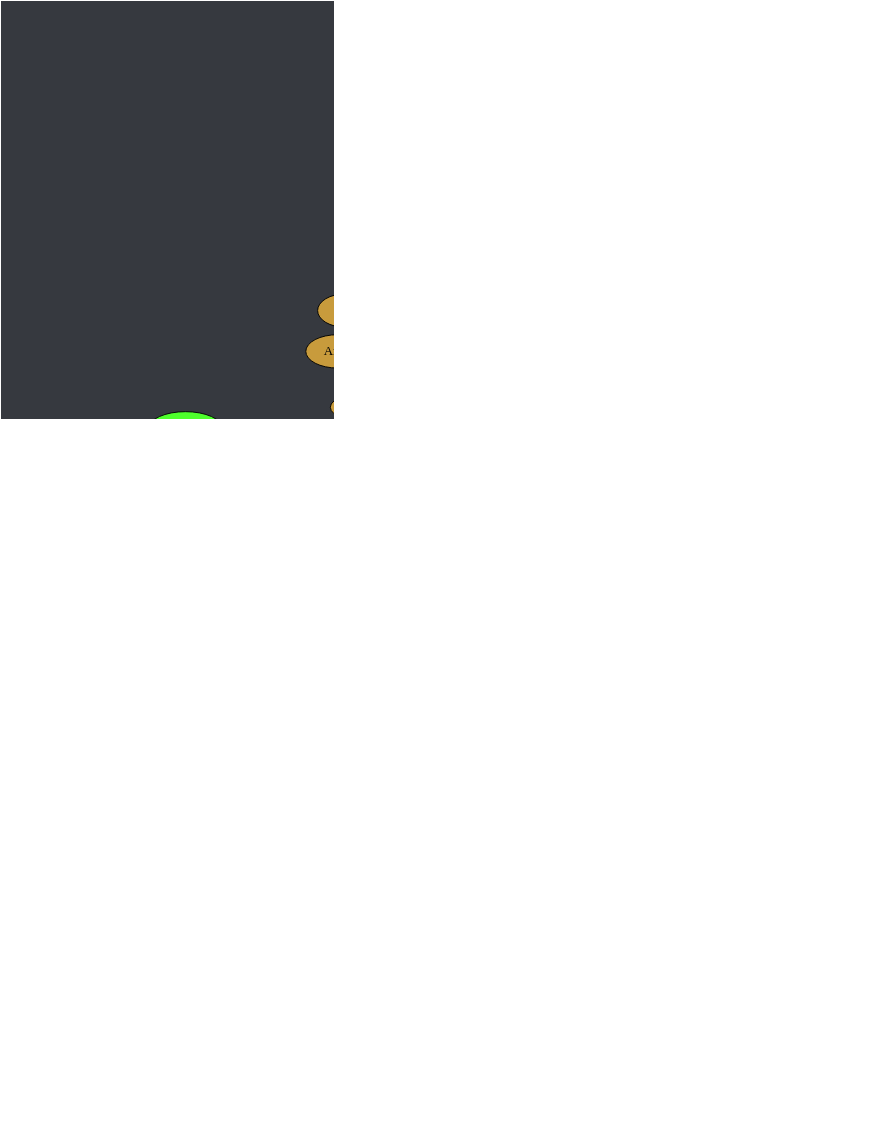
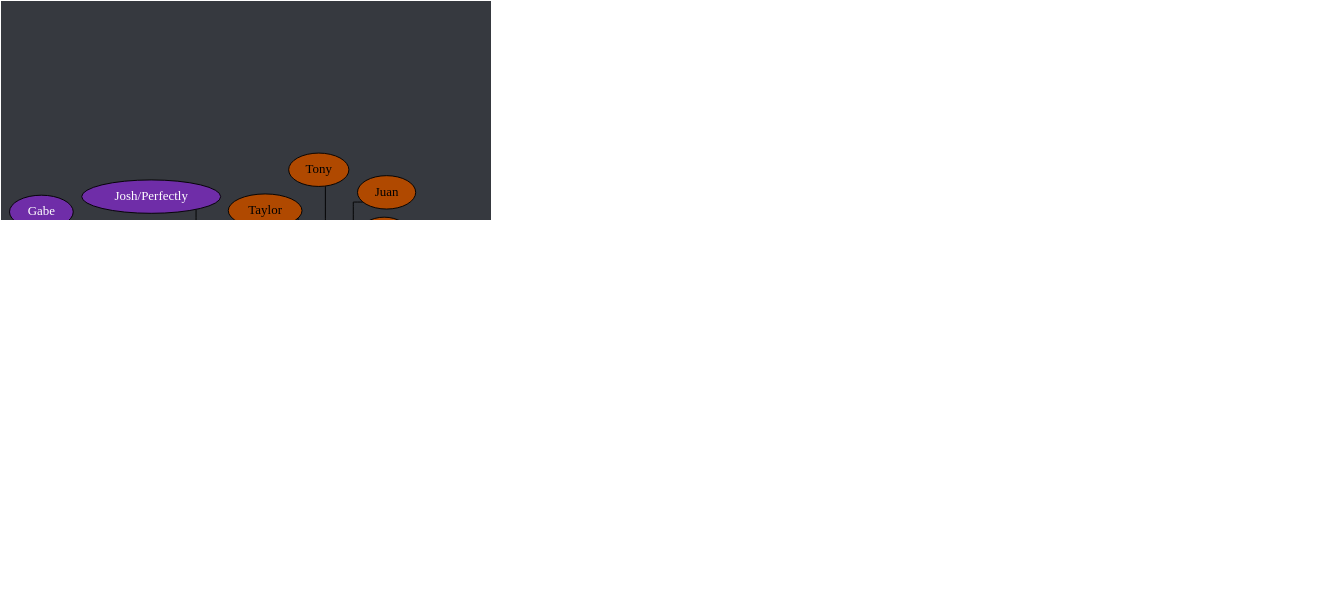
One commit to Documidas/CoronaCatzFamilyTree changed the diagram in tree.dot. Above: the diagram before and after it, drawn with Graphviz. The commit also changed 1 other file, not shown here.

Commit message:
Fix styling for Joel

```diff
--- a/tree.dot
+++ b/tree.dot
@@ -1,157 +1,157 @@
 strict graph {
 	// Layout Configuration
 	layout = neato;
 	dpi = 200;
 	epsilon = 0.01;
 	mode = major;
 	model = subset;
 	overlap = false;
 	splines = ortho;
 	start = rand;
 
 	// Visual Configuration
 	graph [ truecolor=true bgcolor="#36393f" ];
 	node [ style=filled fillcolor="gray" fontcolor="black" ];
 
 	subgraph "Joel" {
 		node [ style=filled fillcolor="firebrick4" fontcolor="white" ];
-		// Joel [ style=filled fillcolor="gold" fontcolor="black" ];
+		Joel [ style=filled fillcolor="gold" fontcolor="black" ];
 
 		Cayla -- Ali;
 		Cayla -- Jonathan;
 		Cayla -- Kate;
 		Cayla -- Ranger;
 		Joel -- Anders;
 		Joel -- Cayla;
 		Joel -- Conner;
 		Joel -- Jared;
 		Joel -- Kat;
 		Joel -- Patrick;
 		Joel -- Steven;
 		Joel -- Zach;
 	}
 
 	subgraph "Anders" {
 		node [ style=filled fillcolor="green4" fontcolor="white" ];
 		// Anders [ style=filled fillcolor="green4" fontcolor="white" ];
 
 		Anders -- Chiara;
 		Anders -- Cody;
 		Anders -- Daniel;
 		Anders -- "Derek/Yaupon";
 		Anders -- DJ;
 		Anders -- Hahnur;
 		Anders -- Jen;
 		Anders -- Matt;
 		Anders -- Solis;
 		Anders -- Will;
 		Anders -- Wyatt;
 	}
 
 	subgraph "Jared" {
 		node [ style=filled fillcolor="royalblue" fontcolor="black" ];
 		// Jared [ style=filled fillcolor="royalblue" fontcolor="black" ];
 
 		Andrew -- Hannah;
 		Dave -- Everett;
 		Donnie -- Bryan;
 		Donnie -- Michael;
 		Greg -- Ali;
 		Greg -- Andrew;
 		Hannah -- Logan;
 		Isaiah -- "Jack.2";
 		Jared -- Brandi;
 		Jared -- Dave;
 		Jared -- Donnie;
 		Jared -- Fabi;
 		Jared -- Greg;
 		Jared -- Isabelle;
 		Jared -- Mason;
 		Jared -- Nam;
 		Jared -- Rin;
 		Jared -- Spencer;
 		Jared -- Tyler;
 		Jared -- "Zach/Laniakea";
 		Jared -- "Zöe";
 		Logan -- Raana;
 		Michael -- Troy;
 		Rin -- Isaiah;
 		Tyler -- America;
 		Tyler -- Gaby;
 		Troy -- Drake;
 		Troy -- Klein;
 	}
 
 	subgraph "Zach/Laniakea" {
 		node [ style=filled fillcolor="#4eff2c" fontcolor="black" ];
 		// "Zach/Laniakea" [ style=filled fillcolor="#4eff2c" fontcolor="black" ];
 
 		"Caio.2" -- "Kyle.1";
 		"Caio.2" -- Lucas;
 		"Zach/Laniakea" -- Allen;
 		"Zach/Laniakea" -- "Caio.2";
 		"Zach/Laniakea" -- Colin;
 		"Zach/Laniakea" -- John;
 		"Zach/Laniakea" -- "Kyle.0";
 		"Zach/Laniakea" -- Mike;
 		"Zach/Laniakea" -- Ryan;
 	}
 
 	subgraph "John" {
 		node [ style=filled fillcolor="#c89b3c" fontcolor="black" ];
 		// John [ style=filled fillcolor="#c89b3c" fontcolor="black" ];
 
 		Haber -- "Derek/Nomad";
 		John -- Anna;
 		John -- Emily;
 		John -- Haber;
 		John -- Jay;
 		John -- Jack;
 		John -- Lara;
 		John -- Monarch;
 		John -- "Oliger/Leanza";
 		John -- Thomas;
 	}
 
 	subgraph "John-stream" {
 		// node [ style=filled fillcolor="#9147ff" fontcolor="black" ];
 		node [ style=filled fillcolor="#c89b3c" fontcolor="black" ];
 
 		John -- Izzy;
 		John -- "Michael/Wheezy";
 		John -- Robby;
 	}
 
 	subgraph "Thomas" {
 		node [ style=filled fillcolor="#b04900" fontcolor="black" ];
 		// Thomas [ style=filled fillcolor="#b04900" fontcolor="black" ];
 
 		Thomas -- Alex;
 		Thomas -- JD;
 		Thomas -- Josh;
 		Thomas -- Juan;
 		Thomas -- Taylor;
 		Thomas -- Tony;
 		Thomas -- Travis;
 	}
 
 	subgraph "Alex" {
 		node [ style=filled fillcolor="#6f2da8" fontcolor="white" ];
 		// Alex [ style=filled fillcolor="#6f2da8" fontcolor="black" ];
 
 		Alex -- "Alex/Blitt";
 		Alex -- "Da'Von";
 		Alex -- Sam;
 		"Alex/Blitt" -- Alan;
 		"Alex/Blitt" -- "Alex the 3rd";
 		"Alex/Blitt" -- Carlos;
 		"Alex/Blitt" -- Gabe;
 		"Alex/Blitt" -- "Kyle.3";
 		"Alex/Blitt" -- "Josh/Perfectly";
 		"Da'Von" -- Dalton;
 		"Da'Von" -- Kuri;
 		"Da'Von" -- Zellar;
 		Dalton -- Graysen;
 		Kuri -- Drew;
 	}
 }
```
